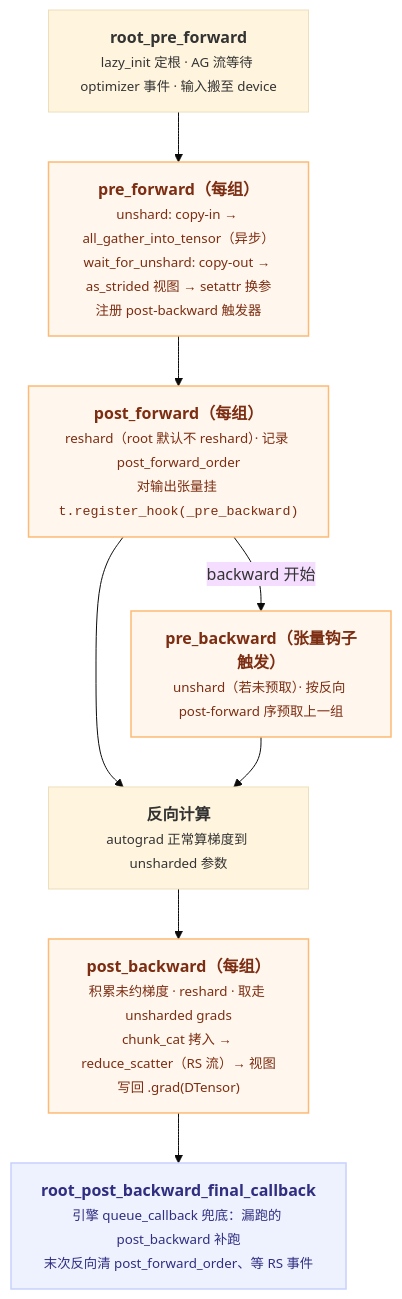
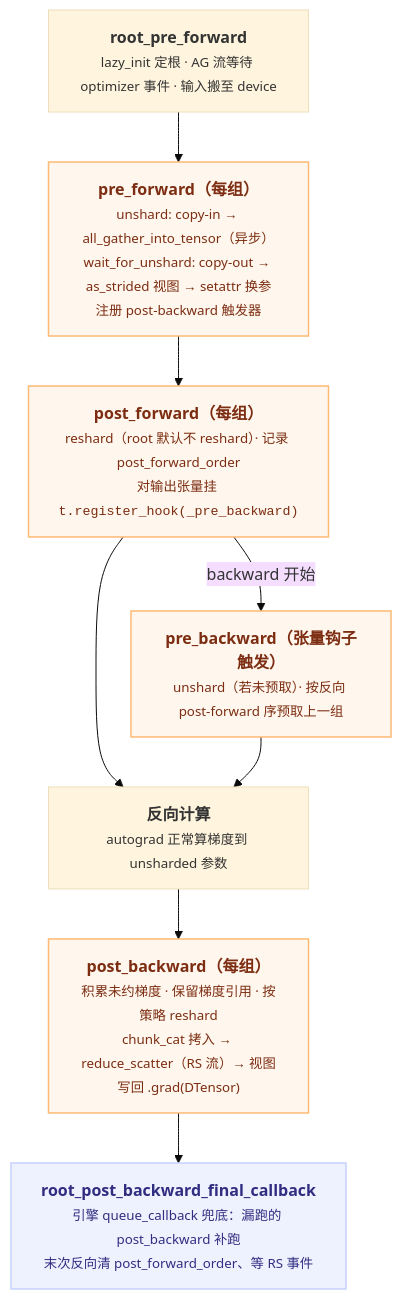
Before and after one commit to stevexiaofei/second-brain: the second of 3 diagrams in docs/knowledge/ai/systems/pytorch/pytorch-fsdp.md, drawn with Mermaid (base theme). The commit also changed other lines of this file and 33 other files, not shown here.

````diff
--- a/docs/knowledge/ai/systems/pytorch/pytorch-fsdp.md
+++ b/docs/knowledge/ai/systems/pytorch/pytorch-fsdp.md
@@ -104,19 +104,19 @@
 ```mermaid
 flowchart TD
     A["<b>root_pre_forward</b><br/><small>lazy_init 定根 · AG 流等待 optimizer 事件 · 输入搬至 device</small>"]
     B["<b>pre_forward（每组）</b><br/><small>unshard: copy-in → all_gather_into_tensor（异步）<br/>wait_for_unshard: copy-out → as_strided 视图 → setattr 换参<br/>注册 post-backward 触发器</small>"]:::action
     C["<b>post_forward（每组）</b><br/><small>reshard（root 默认不 reshard）· 记录 post_forward_order<br/>对输出张量挂 <code>t.register_hook(_pre_backward)</code></small>"]:::action
     D["<b>pre_backward（张量钩子触发）</b><br/><small>unshard（若未预取）· 按反向 post-forward 序预取上一组</small>"]:::action
     E["<b>反向计算</b><br/><small>autograd 正常算梯度到 unsharded 参数</small>"]
-    F["<b>post_backward（每组）</b><br/><small>积累未约梯度 · reshard · 取走 unsharded grads<br/>chunk_cat 拷入 → reduce_scatter（RS 流）→ 视图写回 .grad(DTensor)</small>"]:::action
+    F["<b>post_backward（每组）</b><br/><small>积累未约梯度 · 保留梯度引用 · 按策略 reshard<br/>chunk_cat 拷入 → reduce_scatter（RS 流）→ 视图写回 .grad(DTensor)</small>"]:::action
     G["<b>root_post_backward_final_callback</b><br/><small>引擎 queue_callback 兜底：漏跑的 post_backward 补跑<br/>末次反向清 post_forward_order、等 RS 事件</small>"]:::step
 
     A --> B --> C --> E
     C -- "backward 开始" --> D --> E --> F --> G
 
     classDef step     fill:#eef2ff,stroke:#c7d2fe,color:#312e81,stroke-width:1.5px
     classDef action   fill:#fff7ed,stroke:#fdba74,color:#7c2d12,stroke-width:1.5px
     classDef decide   fill:#fef3c7,stroke:#fcd34d,color:#78350f,stroke-width:1.5px
     classDef branchNo fill:#f0fdf4,stroke:#86efac,color:#166534,stroke-width:1.5px
     classDef branchYes fill:#eef2ff,stroke:#c7d2fe,color:#3730a3,stroke-width:1.5px
 ```
````
